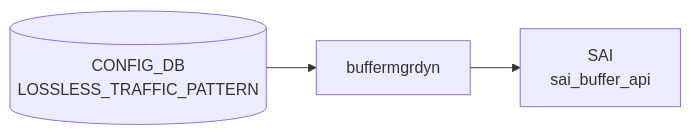
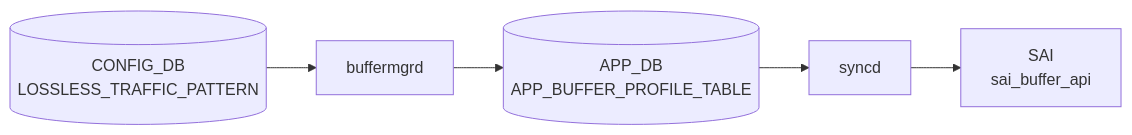
Before and after one commit to aoki-taquan/sonic-unofficial-docs: the diagram in docs/reference/config-db/lossless-traffic-pattern.md, drawn with Mermaid. The commit also changed 16 other files, not shown here.

First line of the commit message:
chore(cdb-mermaid): add fallback dict for 27 unmapped tables → 121/121

````diff
--- a/docs/reference/config-db/lossless-traffic-pattern.md
+++ b/docs/reference/config-db/lossless-traffic-pattern.md
@@ -30,8 +30,12 @@
 ```mermaid
 flowchart LR
   CDB[("CONFIG_DB<br/>LOSSLESS_TRAFFIC_PATTERN")]
-  DM["buffermgrdyn"]
+  DM["buffermgrd"]
   CDB --> DM
+  APPDB[("APP_DB<br/>APP_BUFFER_PROFILE_TABLE")]
+  DM --> APPDB
+  SYNCD["syncd"]
+  APPDB --> SYNCD
   SAI["SAI<br/>sai_buffer_api"]
-  DM --> SAI
+  SYNCD --> SAI
 ```
````
